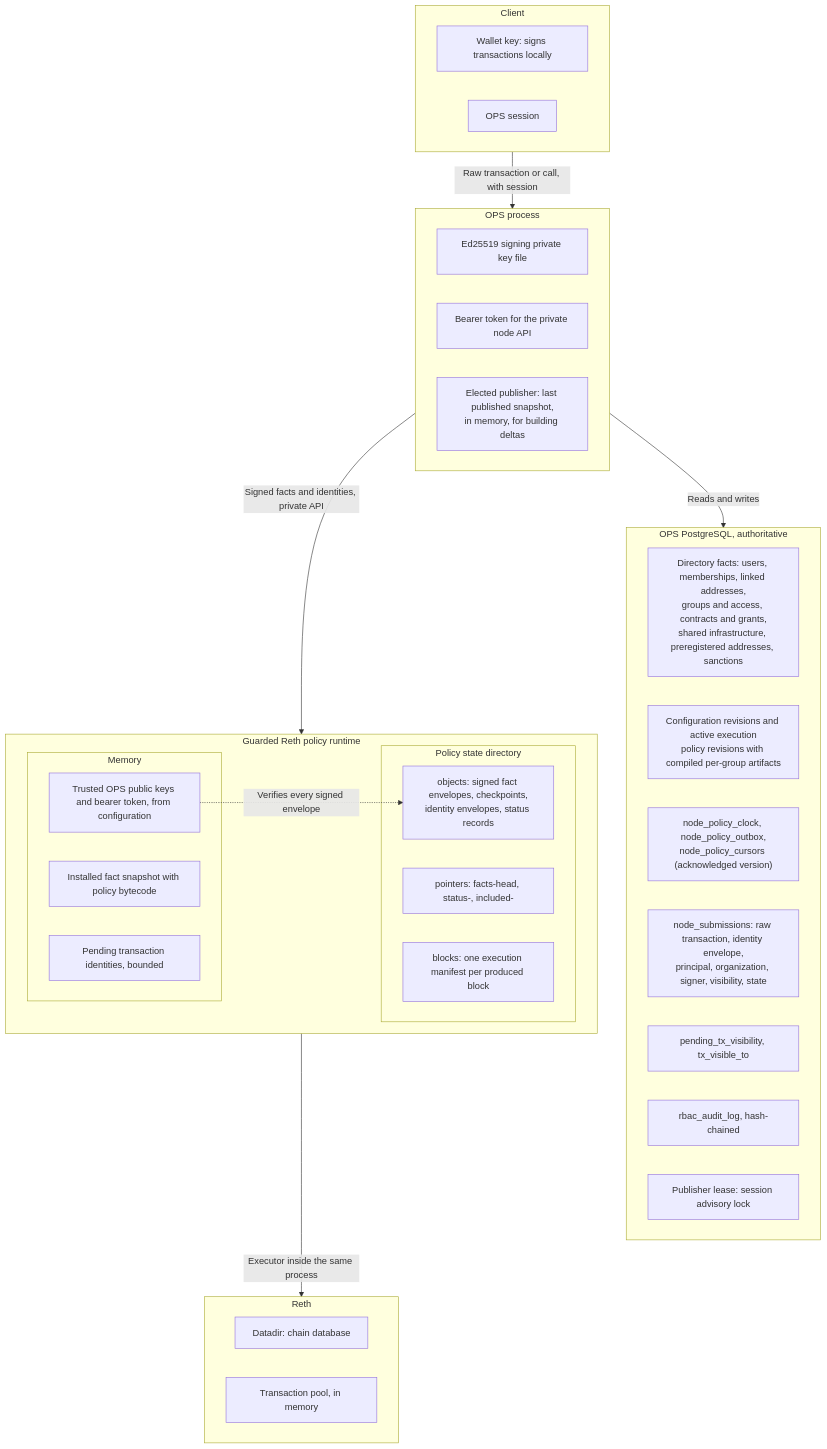
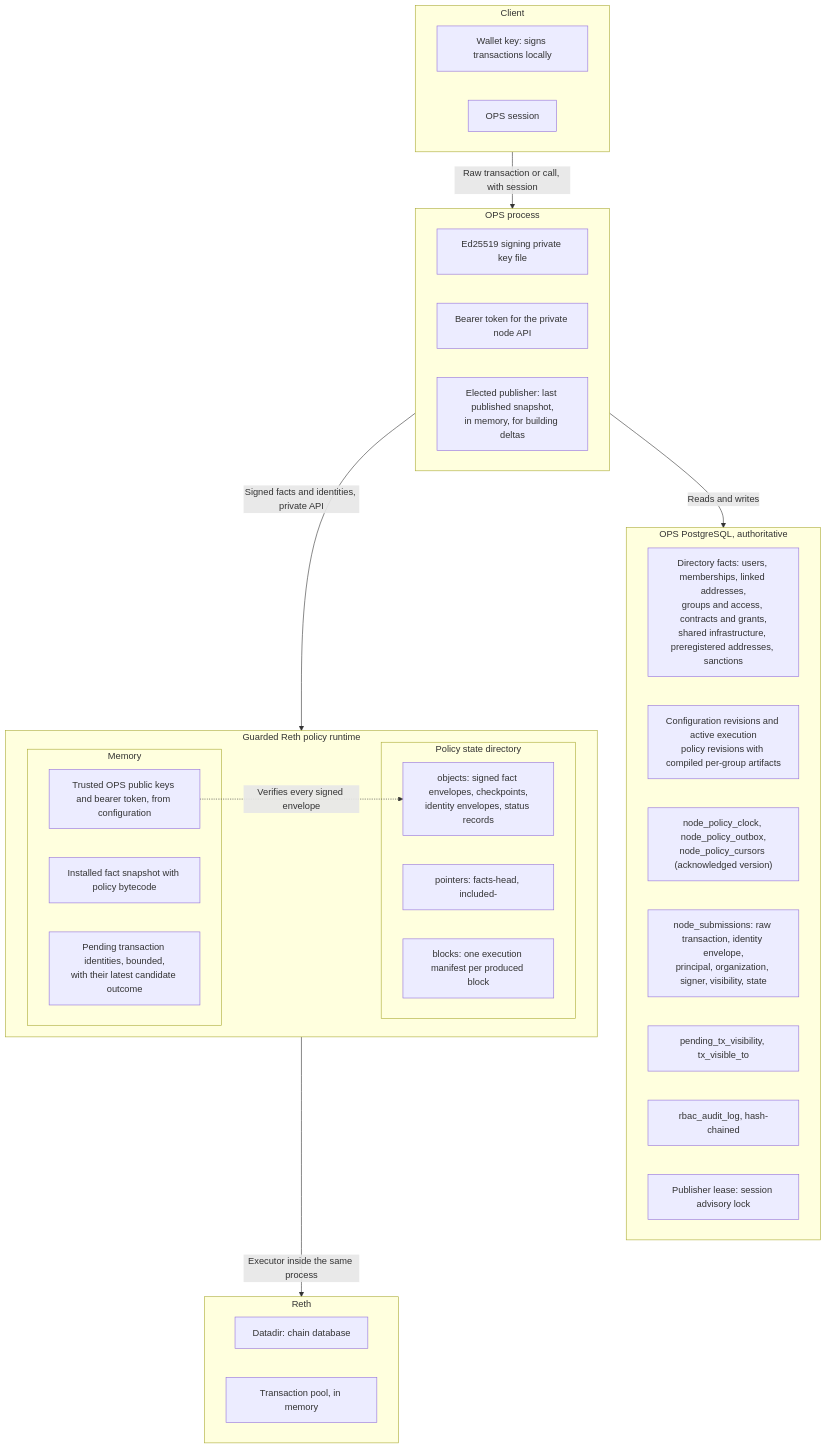
The fifth of 6 diagrams in docs/architecture/reth-execution-flow.md (LFDT-Permissioned-Privacy-Control/permissioned-privacy-control), drawn with Mermaid before and after one commit. The commit also changed other lines of this file and 6 other files, not shown here.

````diff
--- a/docs/architecture/reth-execution-flow.md
+++ b/docs/architecture/reth-execution-flow.md
@@ -278,42 +278,42 @@
 ```mermaid
 flowchart TB
     subgraph Client["Client"]
         Wallet["Wallet key: signs transactions locally"]
         Session["OPS session"]
     end
     subgraph OPSProc["OPS process"]
         SignKey["Ed25519 signing private key file"]
         NodeToken["Bearer token for the private node API"]
         LastSnap["Elected publisher: last published snapshot,<br/>in memory, for building deltas"]
     end
     subgraph PG["OPS PostgreSQL, authoritative"]
         Directory["Directory facts: users, memberships, linked addresses,<br/>groups and access, contracts and grants,<br/>shared infrastructure, preregistered addresses, sanctions"]
         Config["Configuration revisions and active execution<br/>policy revisions with compiled per-group artifacts"]
         Feed["node_policy_clock, node_policy_outbox,<br/>node_policy_cursors (acknowledged version)"]
         Subs["node_submissions: raw transaction, identity envelope,<br/>principal, organization, signer, visibility, state"]
         Visibility["pending_tx_visibility, tx_visible_to"]
         Audit["rbac_audit_log, hash-chained"]
         Lease["Publisher lease: session advisory lock"]
     end
     subgraph Runtime["Guarded Reth policy runtime"]
         subgraph Memory["Memory"]
             Facts["Installed fact snapshot with policy bytecode"]
-            Pending["Pending transaction identities, bounded"]
+            Pending["Pending transaction identities, bounded,<br/>with their latest candidate outcome"]
             Trust["Trusted OPS public keys and bearer token, from configuration"]
         end
         subgraph StateDir["Policy state directory"]
             Objects["objects: signed fact envelopes, checkpoints,<br/>identity envelopes, status records"]
-            Pointers["pointers: facts-head, status-, included-"]
+            Pointers["pointers: facts-head, included-"]
             Blocks["blocks: one execution manifest per produced block"]
         end
     end
     subgraph Reth["Reth"]
         Chain["Datadir: chain database"]
         Pool["Transaction pool, in memory"]
     end
     Client -->|"Raw transaction or call, with session"| OPSProc
     OPSProc -->|"Reads and writes"| PG
     OPSProc -->|"Signed facts and identities, private API"| Runtime
     Trust -.->|"Verifies every signed envelope"| Objects
     Runtime -->|"Executor inside the same process"| Reth
 ```
````
